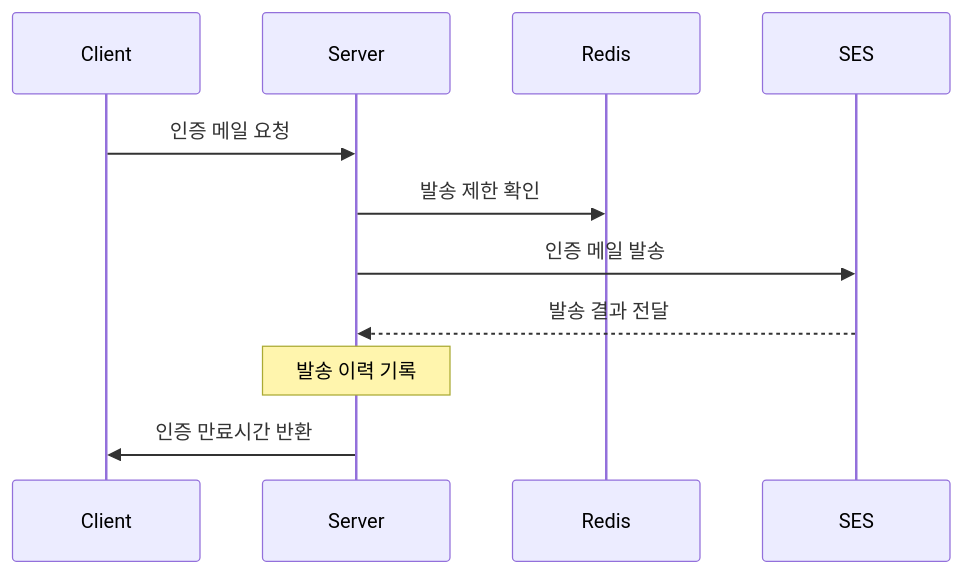
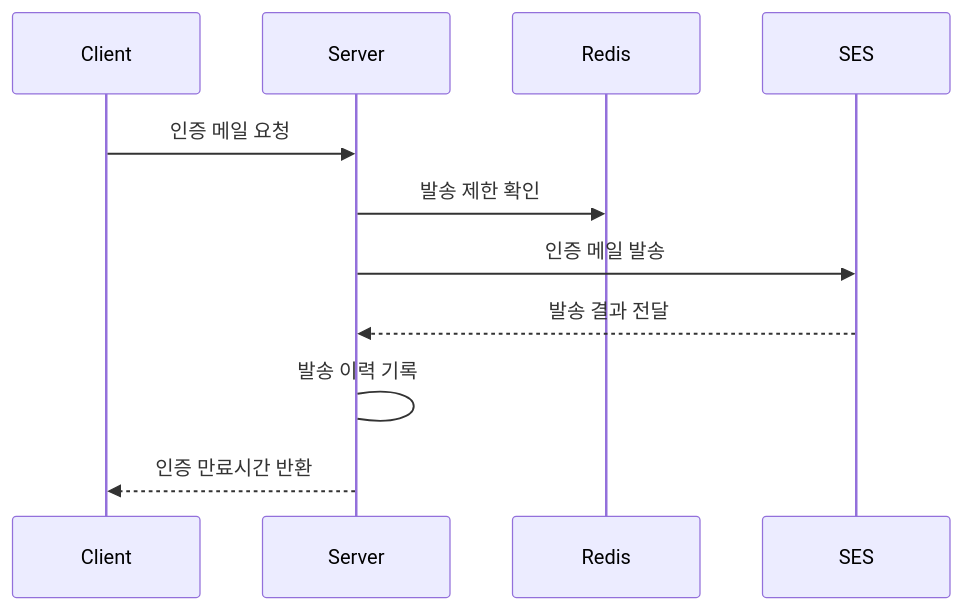
Before and after one commit to 23tae/23tae.github.io: the first of 2 diagrams in _posts/project/sidaeting5/2024-12-15-sidaeting5-aws-ses-email-verification.md, drawn with Mermaid. The commit also changed other lines of this file and 3 other files, not shown here.

Commit message:
update flow chart

````diff
--- a/_posts/project/sidaeting5/2024-12-15-sidaeting5-aws-ses-email-verification.md
+++ b/_posts/project/sidaeting5/2024-12-15-sidaeting5-aws-ses-email-verification.md
@@ -58,14 +58,14 @@
 ```mermaid
 sequenceDiagram
     participant C as Client
     participant S as Server
     participant R as Redis
     participant SES
 
     C->>S: 인증 메일 요청
     S->>R: 발송 제한 확인
     S->>SES: 인증 메일 발송
     SES-->>S: 발송 결과 전달
-    Note over S: 발송 이력 기록
-    S->>C: 인증 만료시간 반환
+    S->S: 발송 이력 기록
+    S-->>C: 인증 만료시간 반환
 ```
````
